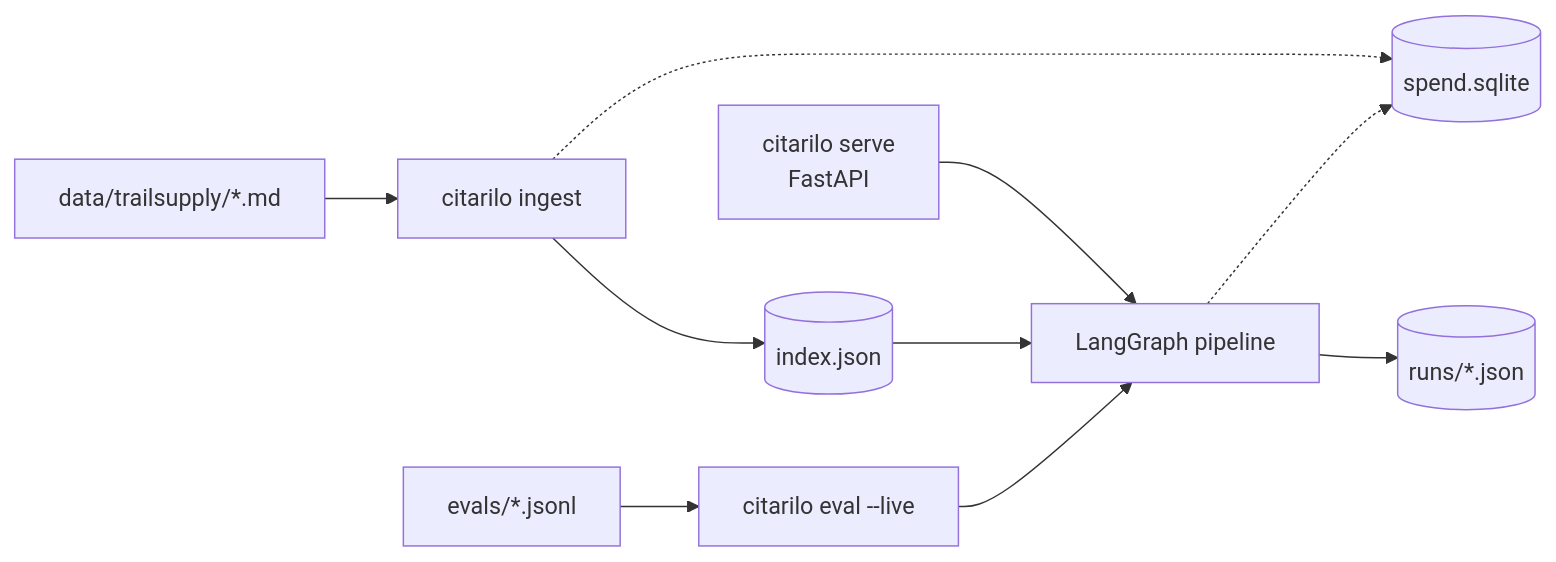
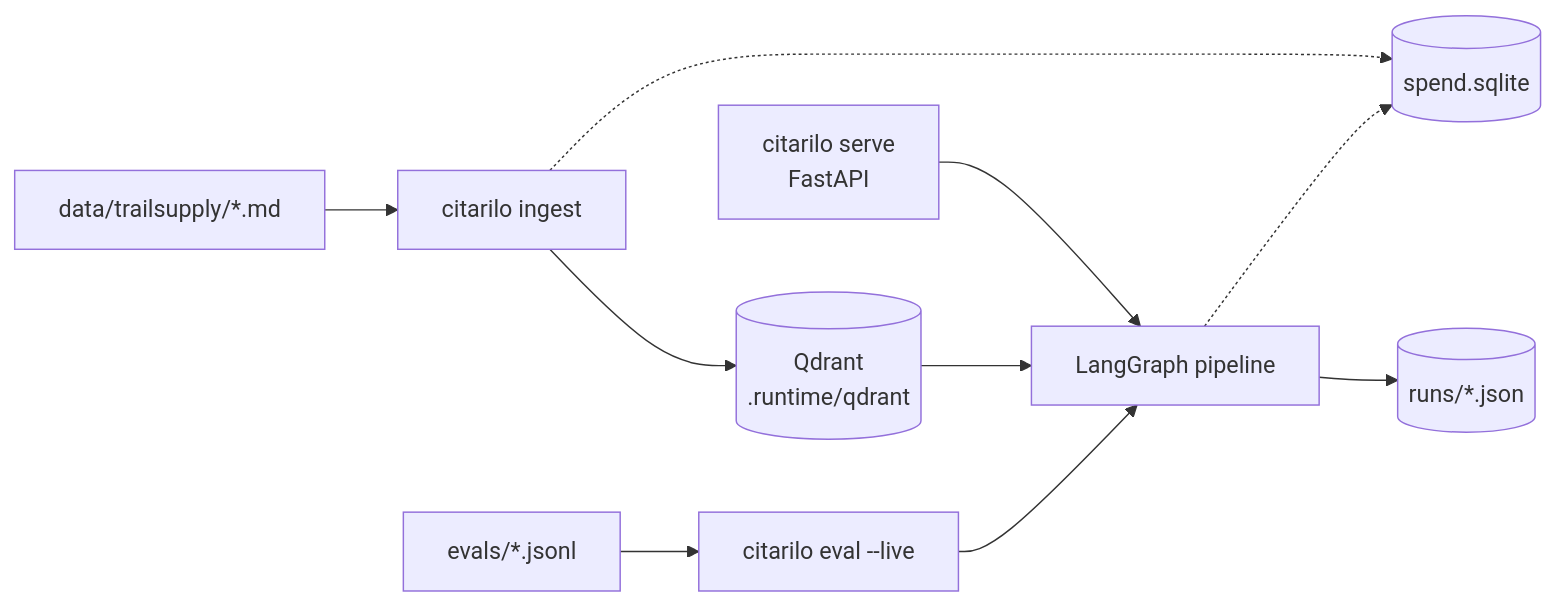
One commit to podstawkamartin/Citarilo changed the second of 2 diagrams in docs/architecture.md. Above: the diagram before and after it, drawn with Mermaid. The commit also changed other lines of this file and 21 other files, not shown here.

First line of the commit message:
Store the section index in Qdrant local mode

````diff
--- a/docs/architecture.md
+++ b/docs/architecture.md
@@ -40,10 +40,10 @@
 ```mermaid
 flowchart LR
-    D["data/trailsupply/*.md"] --> ING["citarilo ingest"] --> I[("index.json")]
+    D["data/trailsupply/*.md"] --> ING["citarilo ingest"] --> I[("Qdrant<br/>.runtime/qdrant")]
     API["citarilo serve<br/>FastAPI"] --> P["LangGraph pipeline"]
     CASES["evals/*.jsonl"] --> EV["citarilo eval --live"] --> P
     I --> P
     P --> RUNS[("runs/*.json")]
     ING -.-> L[("spend.sqlite")]
     P -.-> L
 ```
````
